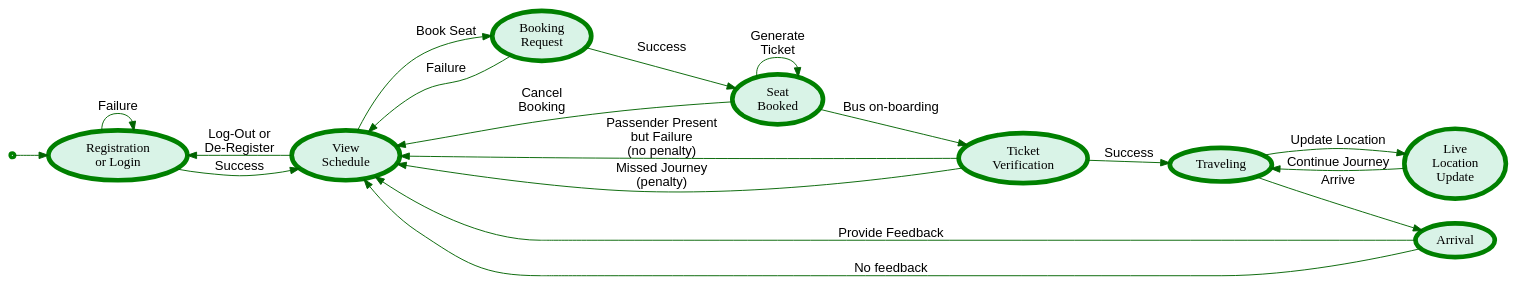
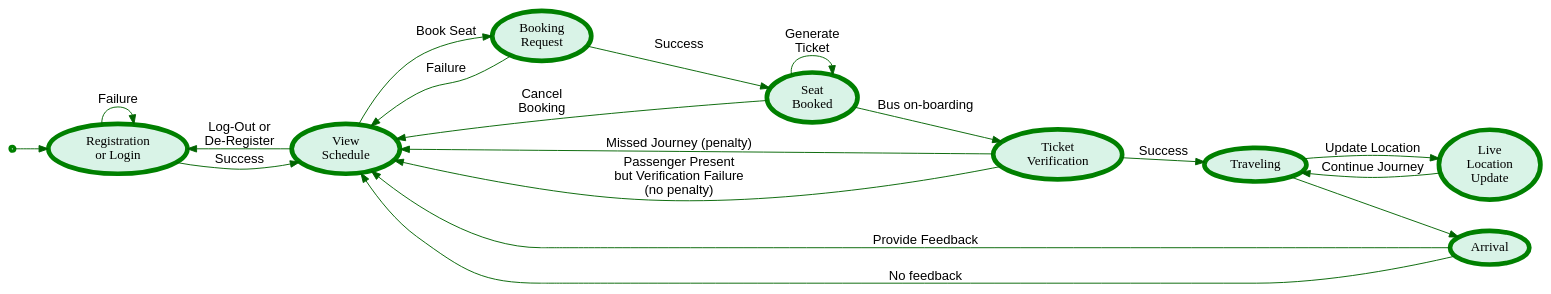
The diagram in UMLDiagrams/statechart.gv (pranav-joshi-iitgn/ShuttleGo), drawn with Graphviz before and after one commit. The commit also changed 3 other files, not shown here.

```diff
--- a/UMLDiagrams/statechart.gv
+++ b/UMLDiagrams/statechart.gv
@@ -1,36 +1,36 @@
 digraph ShuttleGo_StateChart {
     rankdir=LR;
     node [shape=ellipse, color=green, fillcolor="#d9f3e7", style=filled, penwidth=5];
     edge [fontname="Arial",color=darkgreen];
 
     // States
     Initial [label="", shape=point];
     PassengerRegistration [label="Registration\nor Login"];
     ViewSchedule [label="View\nSchedule"];
     BookingSeat [label="Booking\nRequest"];
     SeatBooked [label="Seat\nBooked"];
     TicketVerification [label="Ticket\nVerification"];
     Traveling [label="Traveling"];
     Arrival [label="Arrival"];
     LiveLocationUpdate [label="Live\nLocation\nUpdate"];
 
     // Edges
     Initial -> PassengerRegistration;
     PassengerRegistration -> ViewSchedule [label="Log-Out or\n De-Register",dir=back];
     PassengerRegistration -> ViewSchedule [label="Success"];
     PassengerRegistration -> PassengerRegistration [label="Failure"]
     ViewSchedule -> BookingSeat [label="Book Seat"];
     BookingSeat -> ViewSchedule [label="Failure"];
     BookingSeat -> SeatBooked [label="Success"];
     SeatBooked -> TicketVerification [label="Bus on-boarding"];
     SeatBooked -> SeatBooked [label="Generate\nTicket"];
     SeatBooked -> ViewSchedule [label="Cancel\nBooking"];
     TicketVerification -> Traveling [label="Success"];
-    TicketVerification -> ViewSchedule [label="Passender Present\nbut Failure\n(no penalty)"];
-    TicketVerification -> ViewSchedule [label="Missed Journey\n(penalty)"];
-    Traveling -> Arrival [label="Arrive"];
+    TicketVerification -> ViewSchedule [label="Missed Journey (penalty)"];
+    TicketVerification -> ViewSchedule [label="Passenger Present \n but Verification Failure\n(no penalty)"];
+    Traveling -> Arrival;
     Arrival -> ViewSchedule [label="Provide Feedback"];
     Arrival -> ViewSchedule [label="No feedback"];
     Traveling -> LiveLocationUpdate [label="Update Location"];
     LiveLocationUpdate -> Traveling [label="Continue Journey"];
 }
```
